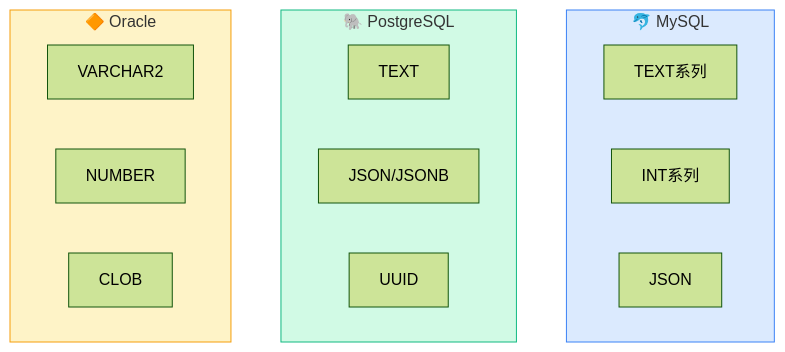
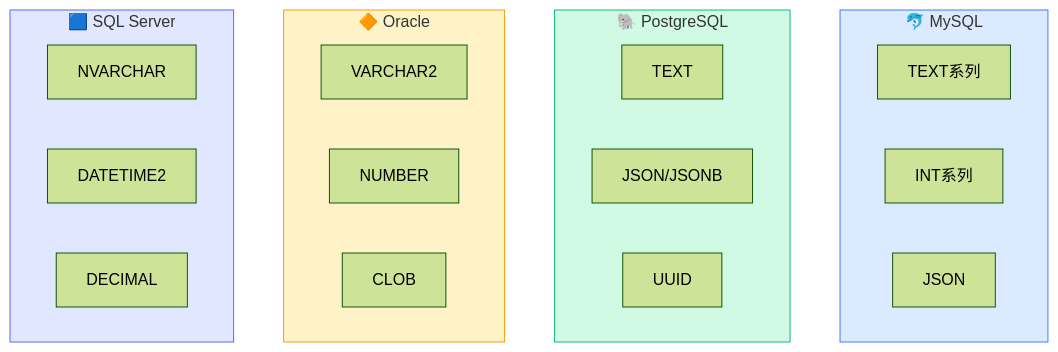
Before and after one commit to dromara/auto-table: the third of 4 diagrams in auto-table-doc/docs/核心概念/类型映射.md, drawn with Mermaid (forest theme). The commit also changed other lines of this file and 19 other files, not shown here.

First line of the commit message:
feat(docs): 添加 SQL Server 数据库适配文档并优化版本管理

````diff
--- a/auto-table-doc/docs/核心概念/类型映射.md
+++ b/auto-table-doc/docs/核心概念/类型映射.md
@@ -138,27 +140,35 @@
 ```mermaid
 flowchart TB
     subgraph mysql["🐬 MySQL"]
         direction LR
         M_TEXT["TEXT系列"]
         M_INT["INT系列"]
         M_JSON["JSON"]
     end
     
     subgraph pgsql["🐘 PostgreSQL"]
         direction LR
         P_TEXT["TEXT"]
         P_JSON["JSON/JSONB"]
         P_UUID["UUID"]
     end
     
     subgraph oracle["🔶 Oracle"]
         direction LR
         O_VARCHAR["VARCHAR2"]
         O_NUMBER["NUMBER"]
         O_CLOB["CLOB"]
     end
 
+    subgraph sqlserver["🟦 SQL Server"]
+        direction LR
+        S_NVARCHAR["NVARCHAR"]
+        S_DATETIME2["DATETIME2"]
+        S_DECIMAL["DECIMAL"]
+    end
+
     style mysql fill:#dbeafe,stroke:#3b82f6
     style pgsql fill:#d1fae5,stroke:#10b981
     style oracle fill:#fef3c7,stroke:#f59e0b
+    style sqlserver fill:#e0e7ff,stroke:#6366f1
 ```
````
